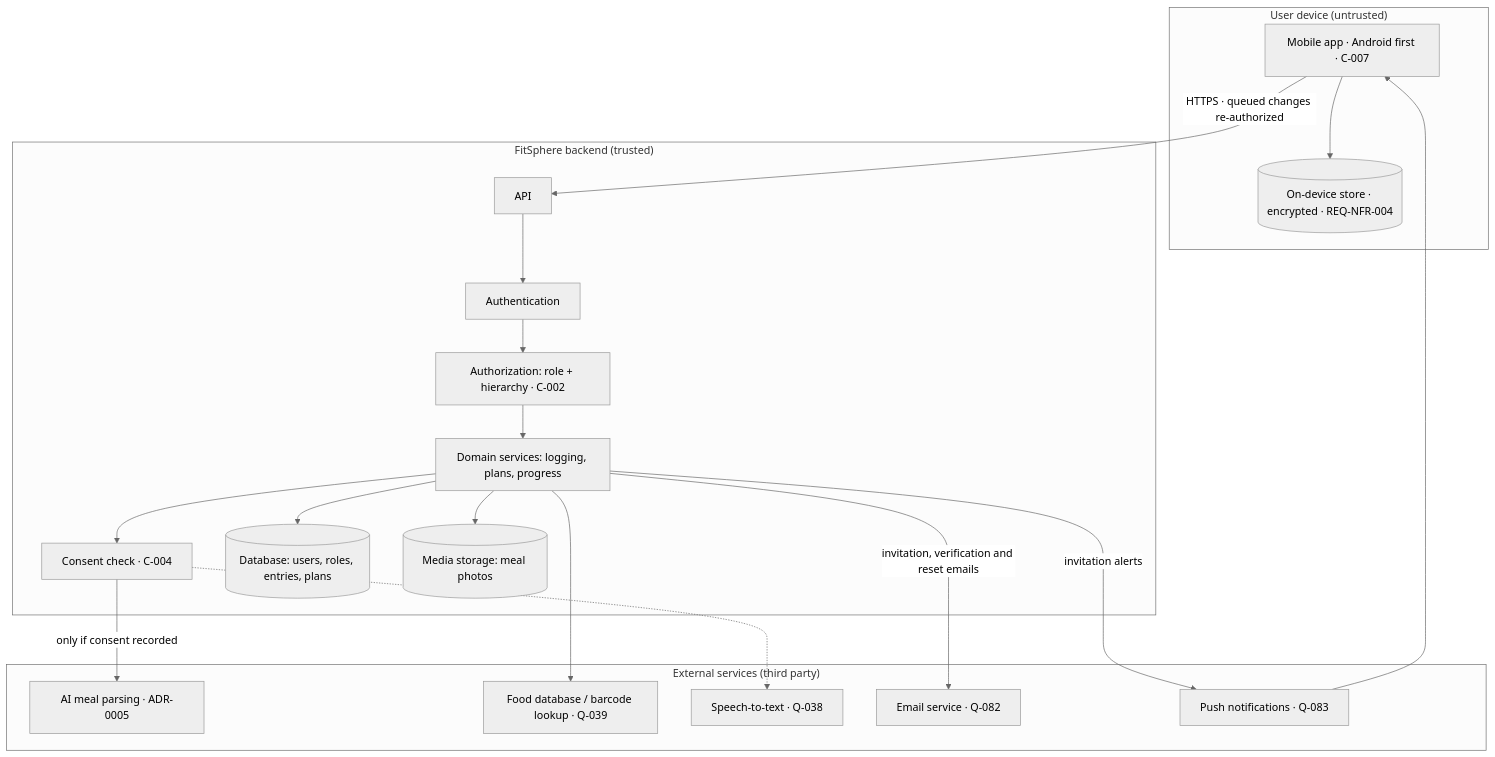
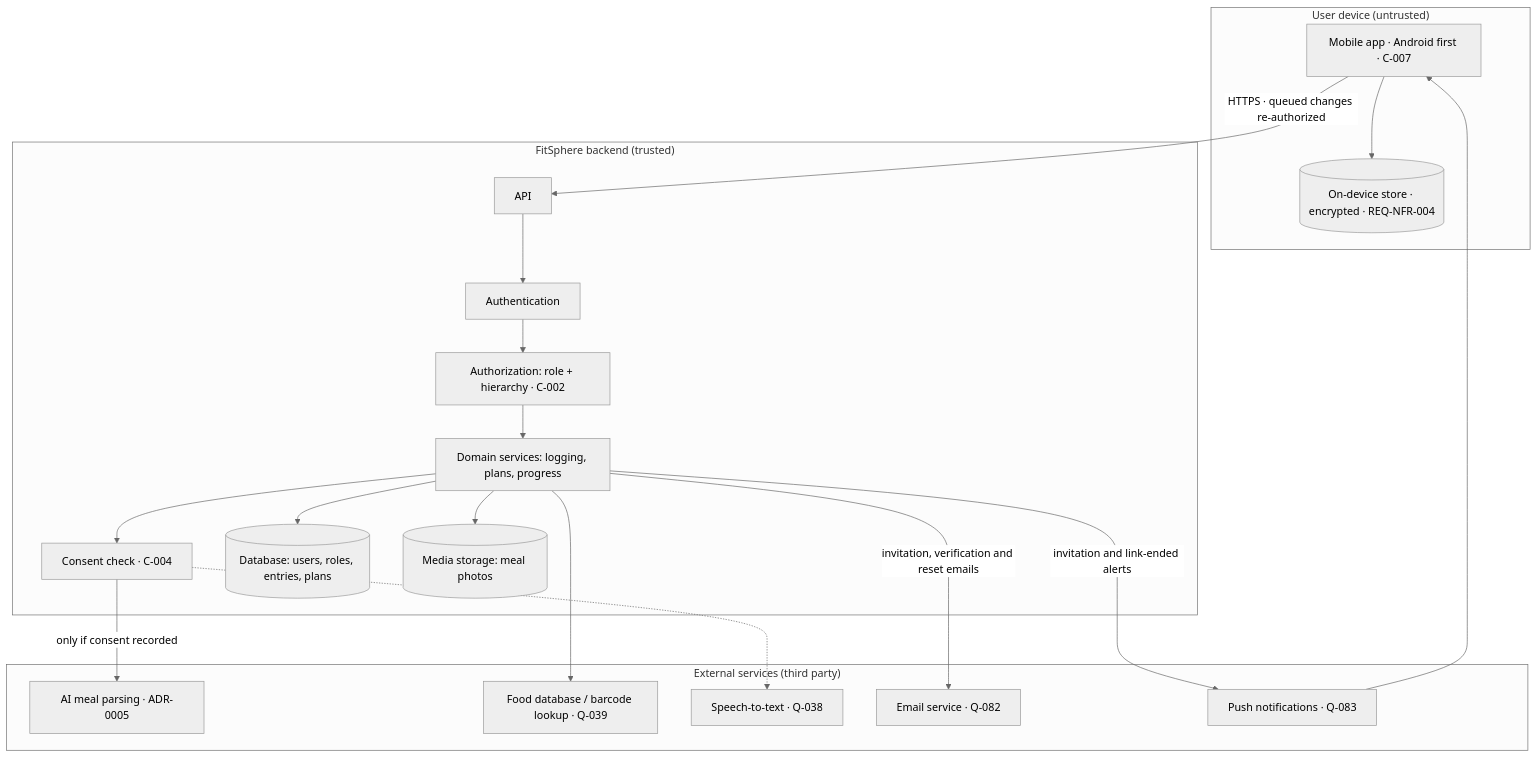
The third of 3 diagrams in flow.md (pradeepKumawatPalara/fitsphere), drawn with Mermaid (neutral theme) before and after one commit. The commit also changed other lines of this file and 9 other files, not shown here.

````diff
--- a/flow.md
+++ b/flow.md
@@ -50,35 +50,35 @@
 ```mermaid
 flowchart TD
     subgraph Device["User device (untrusted)"]
         APP[Mobile app · Android first · C-007]
         LOCAL[(On-device store · encrypted · REQ-NFR-004)]
     end
     subgraph Backend["FitSphere backend (trusted)"]
         API[API]
         AUTHN[Authentication]
         AUTHZ[Authorization: role + hierarchy · C-002]
         SVC[Domain services: logging, plans, progress]
         CONSENT[Consent check · C-004]
         DB[(Database: users, roles, entries, plans)]
         FILES[(Media storage: meal photos)]
     end
     subgraph External["External services (third party)"]
         AIP[AI meal parsing · ADR-0005]
         FOOD[Food database / barcode lookup · Q-039]
         STT[Speech-to-text · Q-038]
         EMAIL[Email service · Q-082]
         PUSH[Push notifications · Q-083]
     end
     APP --> LOCAL
     APP -- HTTPS · queued changes re-authorized --> API
     API --> AUTHN --> AUTHZ --> SVC
     SVC --> DB
     SVC --> FILES
     SVC --> CONSENT
     CONSENT -- only if consent recorded --> AIP
     CONSENT -.-> STT
     SVC --> FOOD
     SVC -- invitation, verification and reset emails --> EMAIL
-    SVC -- invitation alerts --> PUSH
+    SVC -- invitation and link-ended alerts --> PUSH
     PUSH --> APP
 ```
````
